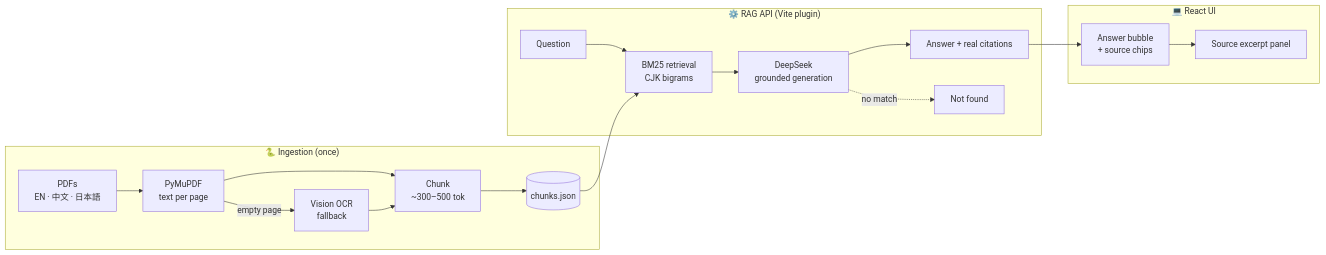
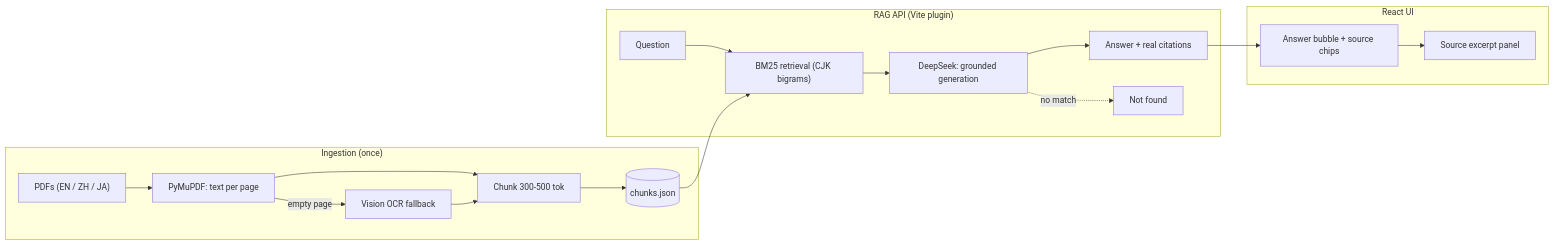
One commit to CHAD-sys/gainwise-sales-copilot changed the diagram in README.md. Above: the diagram before and after it, drawn with Mermaid.

Commit message:
docs: harden Mermaid diagram labels for reliable GitHub rendering

````diff
--- a/README.md
+++ b/README.md
@@ -58,23 +58,23 @@
 ```mermaid
 flowchart LR
-    subgraph Ingest["🐍 Ingestion (once)"]
-        PDF[PDFs<br/>EN · 中文 · 日本語] --> EXTRACT[PyMuPDF<br/>text per page]
-        EXTRACT -->|empty page| OCR[Vision OCR<br/>fallback]
-        EXTRACT --> CHUNK[Chunk<br/>~300–500 tok]
+    subgraph Ingest["Ingestion (once)"]
+        PDF["PDFs (EN / ZH / JA)"] --> EXTRACT["PyMuPDF: text per page"]
+        EXTRACT -->|empty page| OCR["Vision OCR fallback"]
+        EXTRACT --> CHUNK["Chunk 300-500 tok"]
         OCR --> CHUNK
-        CHUNK --> INDEX[(chunks.json)]
+        CHUNK --> INDEX[("chunks.json")]
     end
 
-    subgraph Serve["⚙️ RAG API (Vite plugin)"]
-        Q[Question] --> BM25[BM25 retrieval<br/>CJK bigrams]
+    subgraph Serve["RAG API (Vite plugin)"]
+        Q["Question"] --> BM25["BM25 retrieval (CJK bigrams)"]
         INDEX --> BM25
-        BM25 --> GEN[DeepSeek<br/>grounded generation]
-        GEN --> ANS[Answer + real citations]
-        GEN -.no match.-> NF[Not found]
+        BM25 --> GEN["DeepSeek: grounded generation"]
+        GEN --> ANS["Answer + real citations"]
+        GEN -.no match.-> NF["Not found"]
     end
 
-    subgraph UI["💻 React UI"]
-        ANS --> BUBBLE[Answer bubble<br/>+ source chips]
-        BUBBLE --> PANEL[Source excerpt panel]
+    subgraph UI["React UI"]
+        ANS --> BUBBLE["Answer bubble + source chips"]
+        BUBBLE --> PANEL["Source excerpt panel"]
     end
 ```
````
